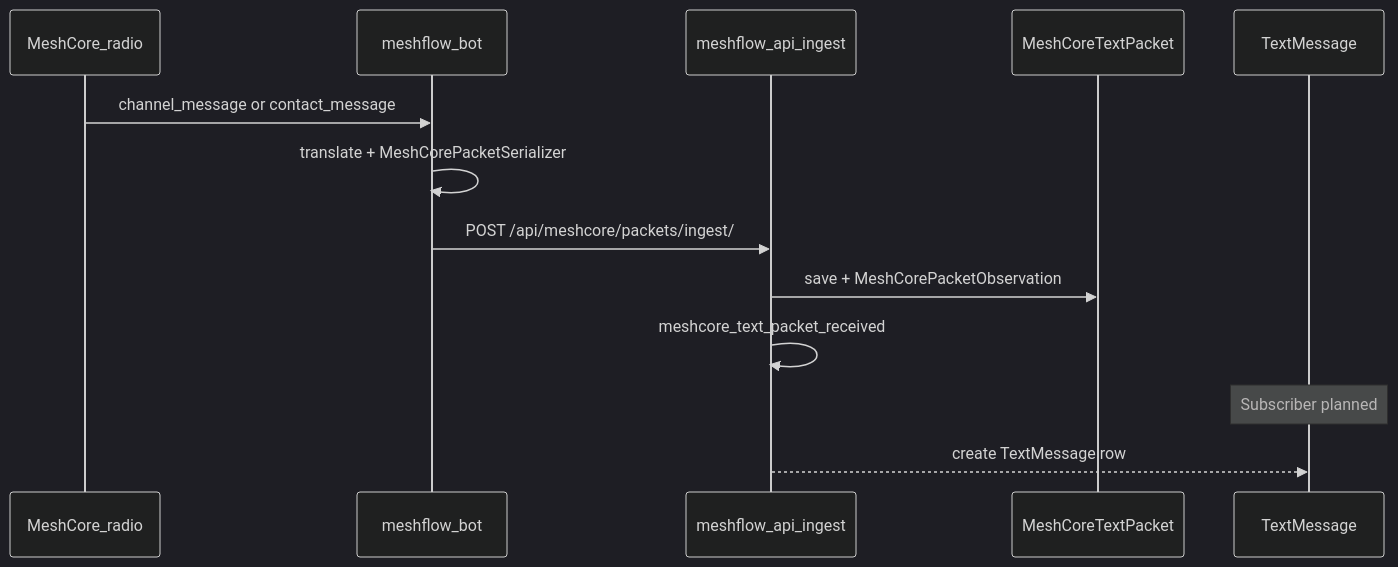
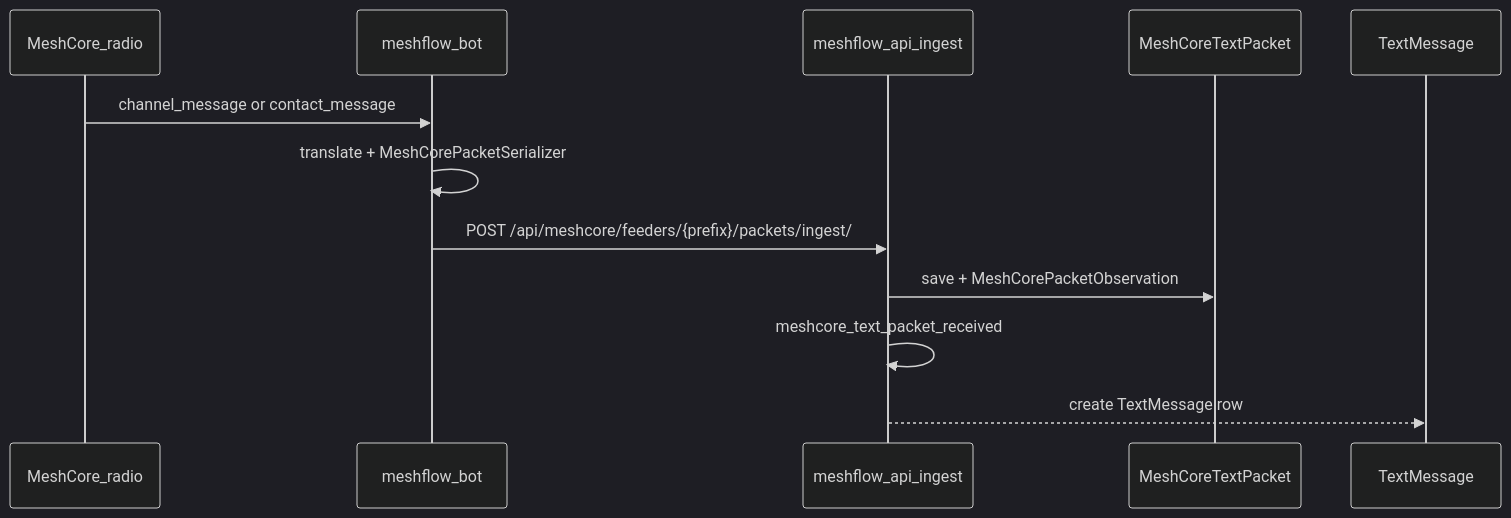
One commit to pskillen/meshflow-api changed the first of 2 diagrams in docs/features/meshcore/text-message-channels.md. Above: the diagram before and after it, drawn with Mermaid (dark theme). The commit also changed other lines of this file and 2 other files, not shown here.

First line of the commit message:
docs(meshcore): sync feeder identity and channel guides with main

````diff
--- a/docs/features/meshcore/text-message-channels.md
+++ b/docs/features/meshcore/text-message-channels.md
@@ -39,16 +39,15 @@
 ```mermaid
 sequenceDiagram
   participant Radio as MeshCore_radio
   participant Bot as meshflow_bot
   participant API as meshflow_api_ingest
   participant Raw as MeshCoreTextPacket
   participant TM as TextMessage
 
   Radio->>Bot: channel_message or contact_message
   Bot->>Bot: translate + MeshCorePacketSerializer
-  Bot->>API: POST /api/meshcore/packets/ingest/
+  Bot->>API: POST /api/meshcore/feeders/{prefix}/packets/ingest/
   API->>Raw: save + MeshCorePacketObservation
   API->>API: meshcore_text_packet_received
-  Note over TM: Subscriber planned #296
   API-->>TM: create TextMessage row
 ```
````
